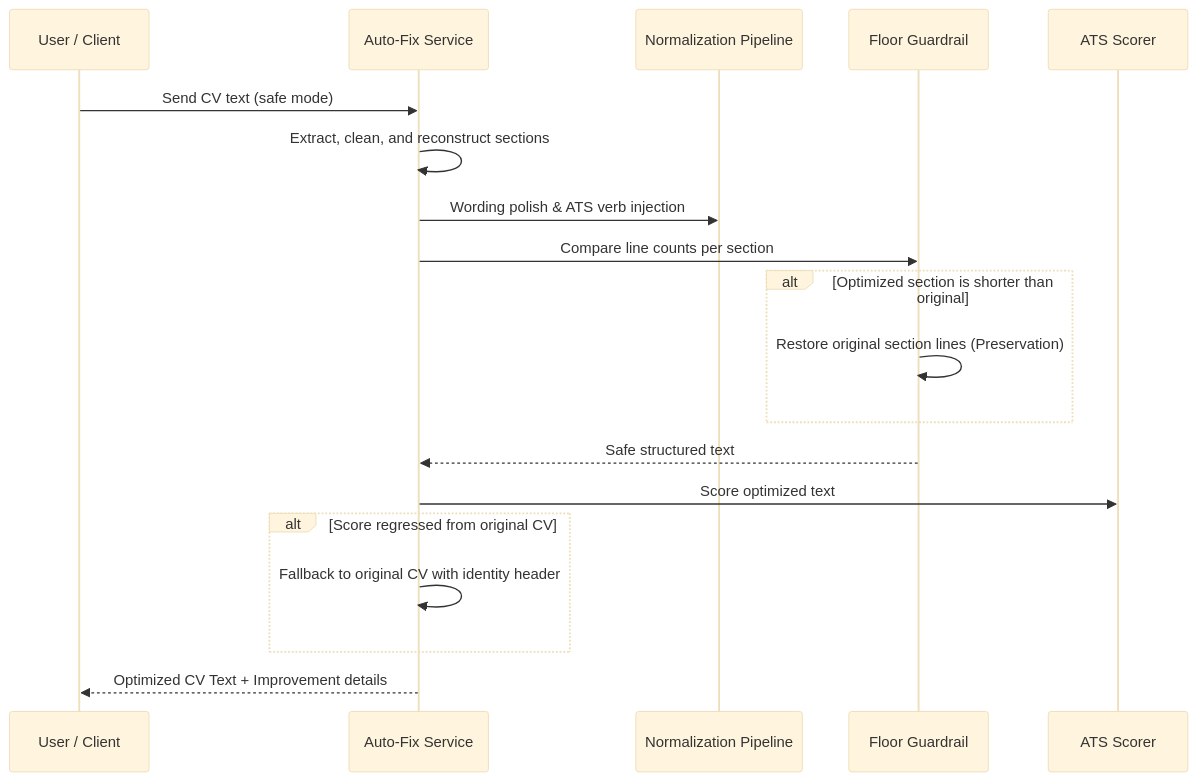
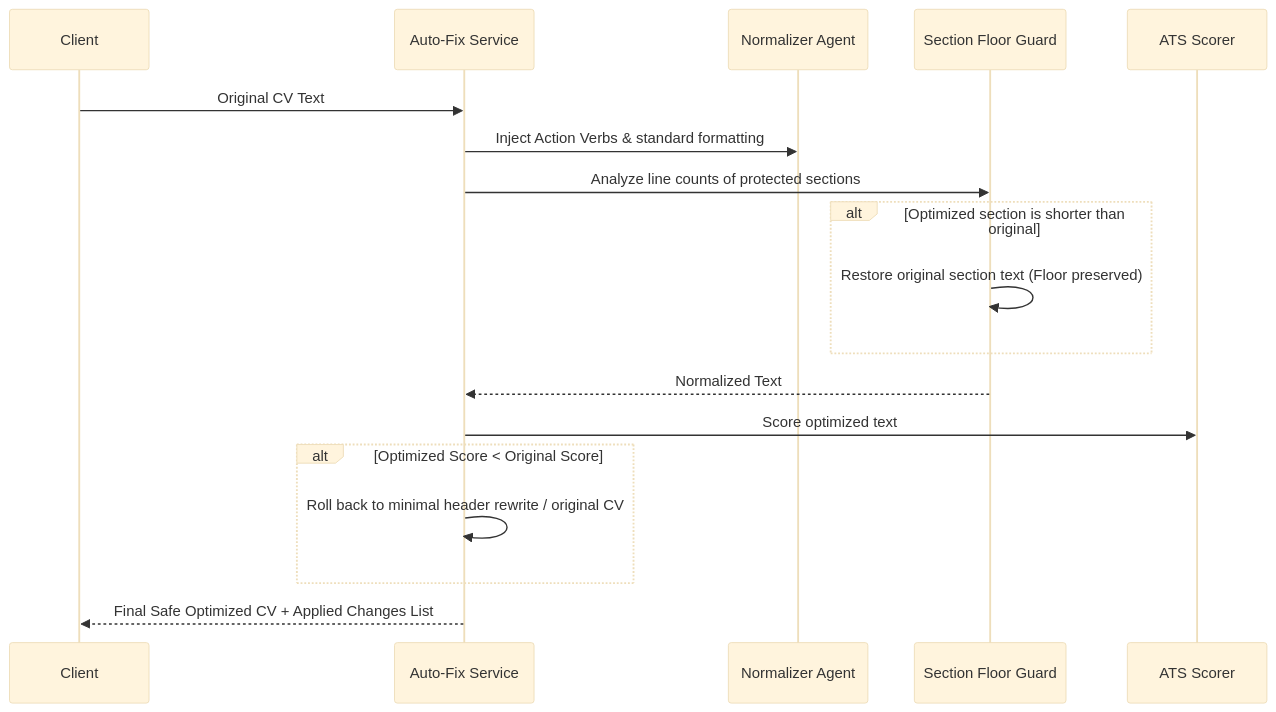
One commit to SercanOzkan55/CV-Analyzer changed the fourth of 5 diagrams in README.md. Above: the diagram before and after it, drawn with Mermaid (base theme). The commit also changed other lines of this file, not shown here.

````diff
--- a/README.md
+++ b/README.md
@@ -130,22 +123,21 @@
 ```mermaid
 sequenceDiagram
-  participant U as User / Client
+  participant U as Client
   participant AF as Auto-Fix Service
-  participant Norm as Normalization Pipeline
-  participant Floor as Floor Guardrail
+  participant Norm as Normalizer Agent
+  participant Guard as Section Floor Guard
   participant ATS as ATS Scorer
 
-  U->>AF: Send CV text (safe mode)
-  AF->>AF: Extract, clean, and reconstruct sections
-  AF->>Norm: Wording polish & ATS verb injection
-  AF->>Floor: Compare line counts per section
+  U->>AF: Original CV Text
+  AF->>Norm: Inject Action Verbs & standard formatting
+  AF->>Guard: Analyze line counts of protected sections
   alt Optimized section is shorter than original
-    Floor->>Floor: Restore original section lines (Preservation)
+    Guard->>Guard: Restore original section text (Floor preserved)
   end
-  Floor-->>AF: Safe structured text
+  Guard-->>AF: Normalized Text
   AF->>ATS: Score optimized text
-  alt Score regressed from original CV
-    AF->>AF: Fallback to original CV with identity header
+  alt Optimized Score < Original Score
+    AF->>AF: Roll back to minimal header rewrite / original CV
   end
-  AF-->>U: Optimized CV Text + Improvement details
+  AF-->>U: Final Safe Optimized CV + Applied Changes List
 ```
````
